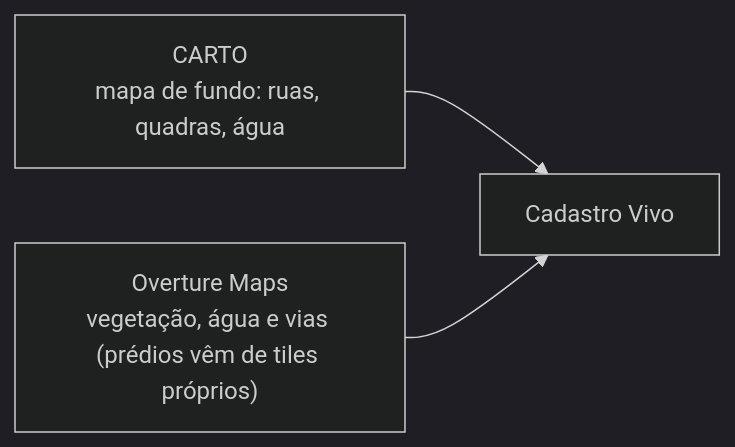
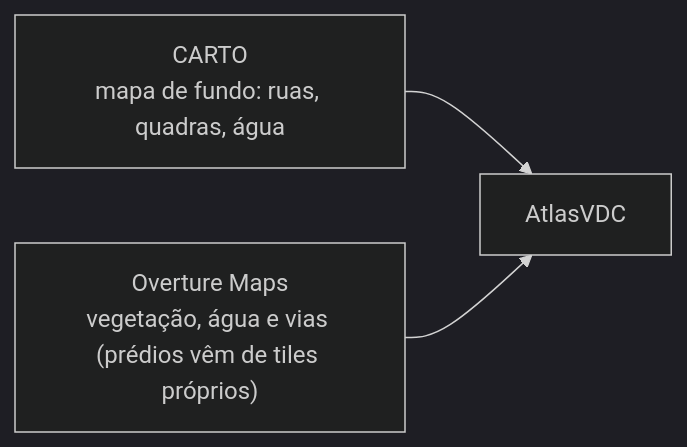
Before and after one commit to pedrovitorsilva/tcc_teste: the fifth of 12 diagrams in docs/GUIA-DO-PROJETO.md, drawn with Mermaid (dark theme). The commit also changed 3 other files, not shown here.

First line of the commit message:
chore: rename Cadastro Vivo to AtlasVDC

````diff
--- a/docs/GUIA-DO-PROJETO.md
+++ b/docs/GUIA-DO-PROJETO.md
@@ -266,5 +266,5 @@
 ```mermaid
 flowchart LR
-    carto["CARTO<br/>mapa de fundo: ruas, quadras, água"] --> app["Cadastro Vivo"]
+    carto["CARTO<br/>mapa de fundo: ruas, quadras, água"] --> app["AtlasVDC"]
     overture["Overture Maps<br/>vegetação, água e vias (prédios vêm de tiles próprios)"] --> app
 ```
````
